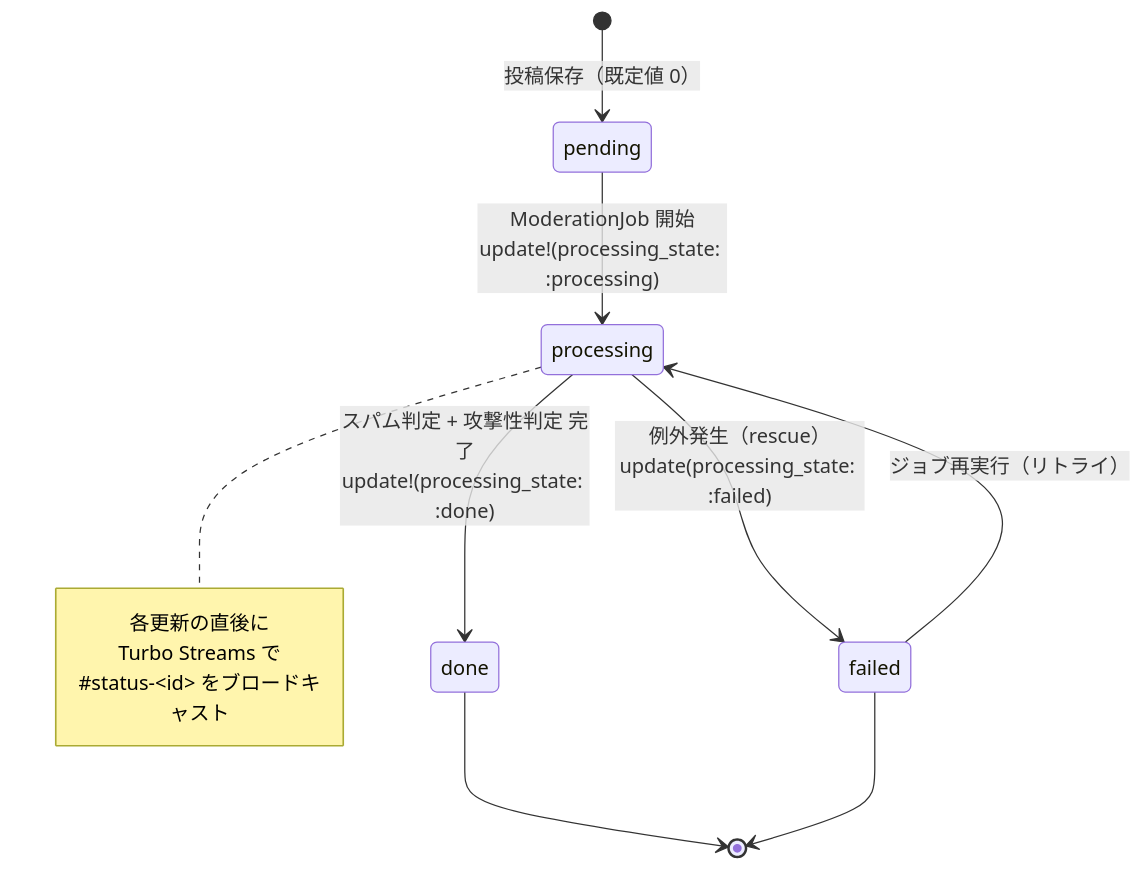
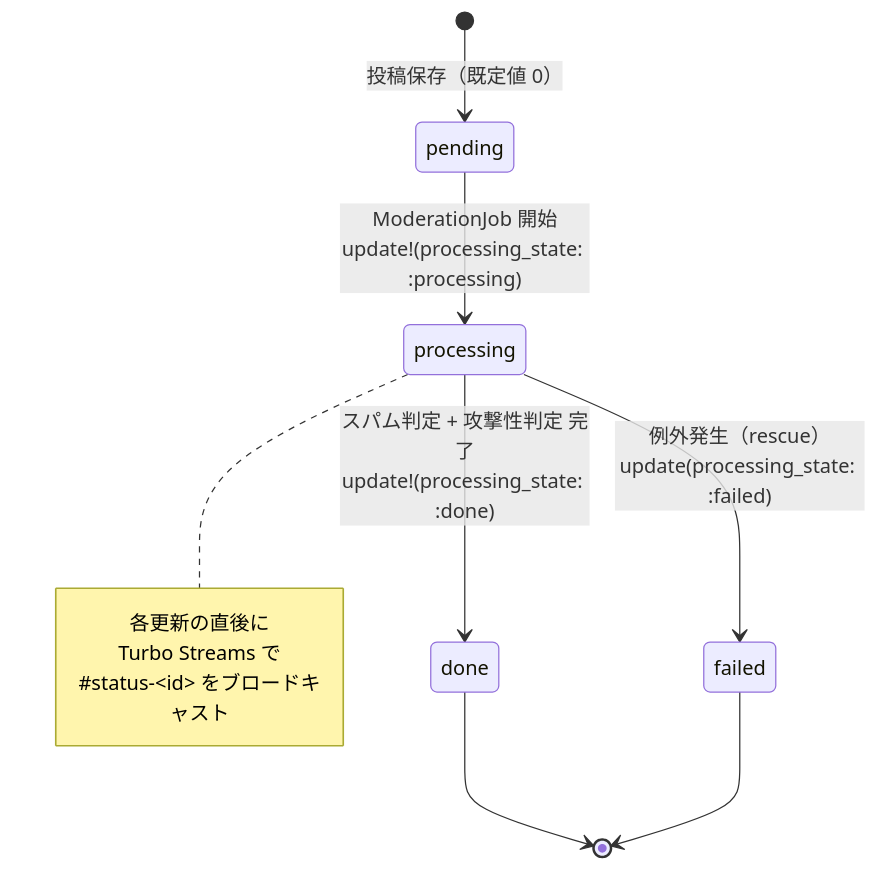
The sixth of 7 diagrams in docs/detailed_design.md (OkemotoHiroki/Tutorial-MicropostApp), drawn with Mermaid before and after one commit. The commit also changed other lines of this file and 2 other files, not shown here.

````diff
--- a/docs/detailed_design.md
+++ b/docs/detailed_design.md
@@ -748,16 +748,15 @@
 ```mermaid
 stateDiagram-v2
     [*] --> pending : 投稿保存（既定値 0）
     pending --> processing : ModerationJob 開始<br/>update!(processing_state: :processing)
     processing --> done : スパム判定 + 攻撃性判定 完了<br/>update!(processing_state: :done)
     processing --> failed : 例外発生（rescue）<br/>update(processing_state: :failed)
-    failed --> processing : ジョブ再実行（リトライ）
     done --> [*]
     failed --> [*]
 
     note right of processing
         各更新の直後に
         Turbo Streams で
         #status-&lt;id&gt; をブロードキャスト
     end note
 ```
````
